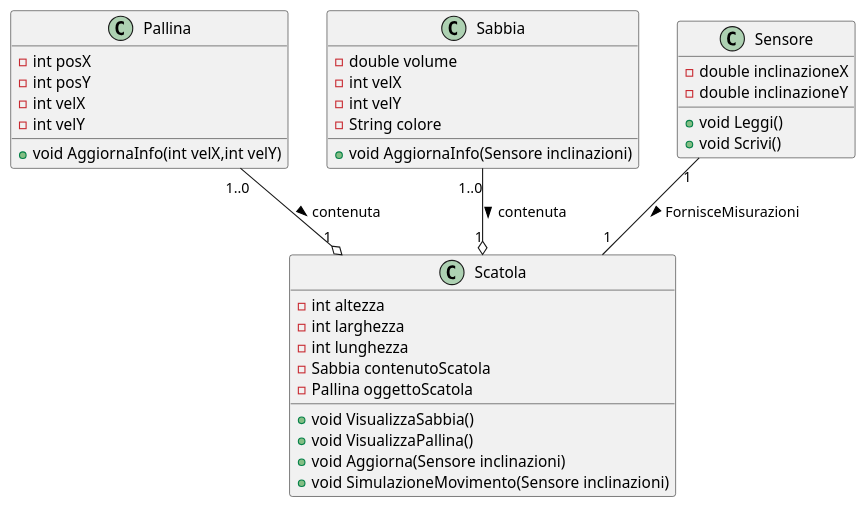
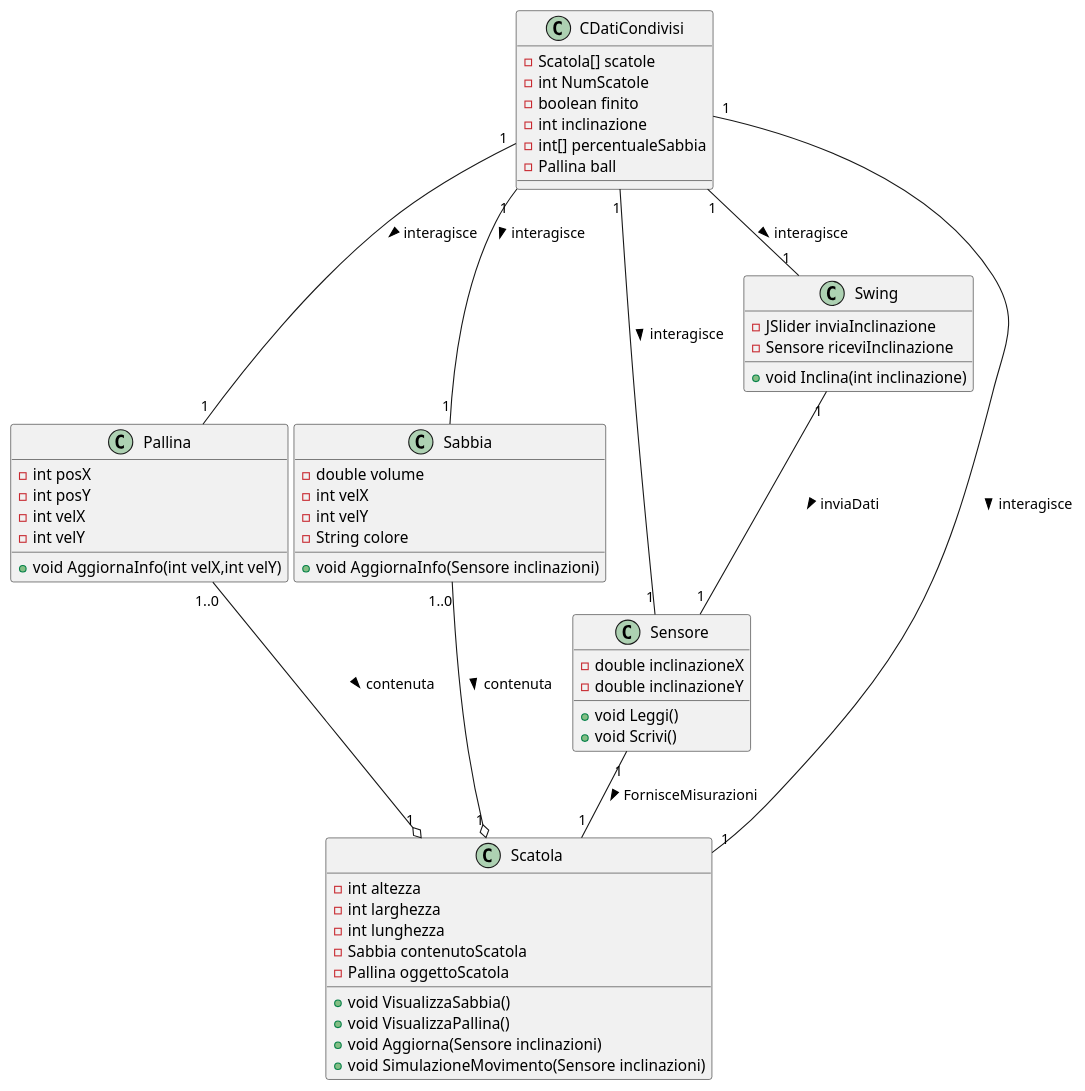
The diagram in DiagrammaDelleClassi.puml (Ale-Dili/Esercizio-di-Tecno-sabbia), drawn with PlantUML before and after one commit.

```diff
--- a/DiagrammaDelleClassi.puml
+++ b/DiagrammaDelleClassi.puml
@@ -1,73 +1,102 @@
 @startuml
 
 
 class Pallina {
 
 '@brief: indica la posizione sull'asse delle ascisse della pallina'
 - int posX
 '@brief: indica la posizione sull'asse delle ordinate della pallina'
 - int posY
 '@brief: indica la velocità sull'asse delle ascisse della pallina'
 - int velX
 '@brief: indica la velocità sull'asse delle ordinate della pallina'
 - int velY
 '@brief: Metodo che aggiorna la posizione e la velocità della pallina'
 + void AggiornaInfo(int velX,int velY)
 }
 
 
 
 class Sabbia {
 '@brief: identifica la quantità di sabbia contenuta in una scatola'
 - double volume
 '@brief: indica la velocità sull'asse delle ascisse della sabbia'
 - int velX
 '@brief: indica la velocità sull'asse delle ordinate della sabbia'
 - int velY
 '@brief: definisce il colore della sabbia'
 - String colore
 '@brief: Metodo che aggiorna gli attributi della sabbia'
 + void AggiornaInfo(Sensore inclinazioni)
 }
 
 class Sensore {
 '@brief: Definisce l'inclinazione del sistema sull'asse delle ascisse'
 - double inclinazioneX
 '@brief: Definisce l'inclinazione del sistema sull'asse delle ordinate'
 - double inclinazioneY
 '@brief: Legge i valori di inclinazione'
 + void Leggi()
 '@brief: Scrive i valori di inclinazione'
 + void Scrivi()
 }
 
 
 
 class Scatola {
 '@brief: Definisce l'altezza della scatola'
 - int altezza
 '@brief: Definisce la larghezza della scatola'
 - int larghezza
 '@brief: Definisce la lunghezza della sctola'
 - int lunghezza
 '@brief: Definisce il materiale contenuto della scatola(sabbia)'
 - Sabbia contenutoScatola
 '@brief: Definisce l'oggetto contenuto nella scatola(pallina)'
 - Pallina oggettoScatola
 '@brief: Metodo usato per visualizzare la sabbia su schermo'
 + void VisualizzaSabbia()
 '@brief: Metodo usato per visualizzare la pallina su schermo'
 + void VisualizzaPallina()
 '@brief: Metodo usato per aggiornare i valori degli attributi della scatola'
 + void Aggiorna(Sensore inclinazioni)
 '@brief: Metodo usato per simulare il movimento della sabbia e della pallina'
 + void SimulazioneMovimento(Sensore inclinazioni)
 }
 
+class Swing {
+'@brief: Attributo usato per l'inserimento dell'inclinazioen da parte dell'utente'
+-JSlider inviaInclinazione
+'@brief: Attributo che riceverà la nuova inclinazione inserita dall'utente'
+-Sensore riceviInclinazione
+'@brief: Metodo usato per far ricevere al sensore l'inclinazione'
++void Inclina(int inclinazione)
+}
+
+class CDatiCondivisi {
+'@brief: Insieme di scatole'
+-Scatola[] scatole
+'@brief: Numero delle scatole'
+-int NumScatole
+'@brief: Indica se il "gioco" è terminato'
+-boolean finito
+'@brief: inclinazione della sabbia e della pallina'
+-int inclinazione
+'@brief: percentuale di sabbia contenuta nella scatola'
+-int[] percentualeSabbia
+'@brief: Pallina'
+-Pallina ball
+}
+
 
 Sensore "1" -- "1" Scatola : FornisceMisurazioni > 
 Sabbia "1..0" --o "1" Scatola : contenuta > 
 Pallina "1..0" --o "1" Scatola : contenuta >
-
+Swing "1" -- "1" Sensore : inviaDati >
+CDatiCondivisi "1" -- "1" Pallina : interagisce > 
+CDatiCondivisi "1" -- "1" Sabbia : interagisce > 
+CDatiCondivisi "1" -- "1" Scatola : interagisce >
+CDatiCondivisi "1" -- "1" Sensore : interagisce > 
+CDatiCondivisi "1" -- "1" Swing : interagisce > 
 
 @enduml
```
